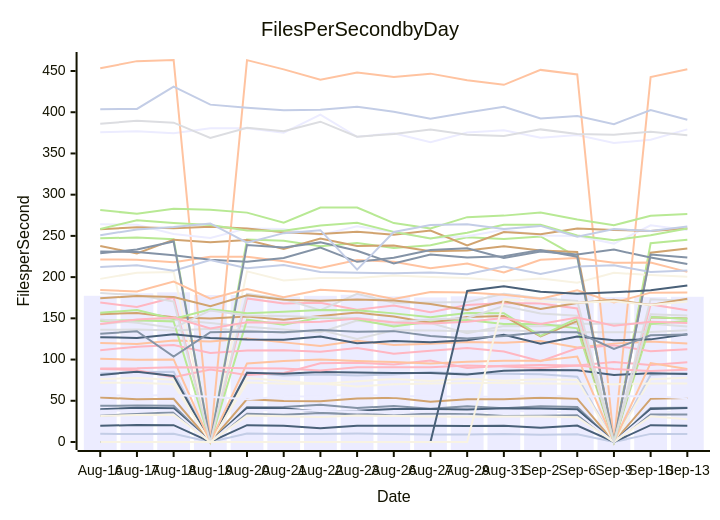
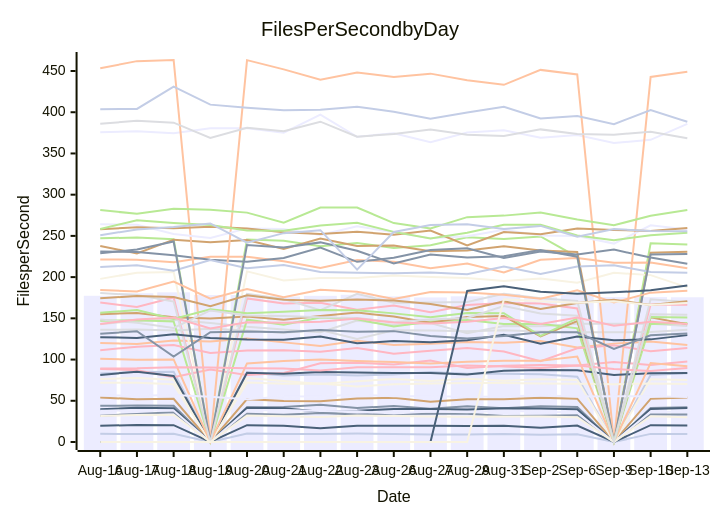
The diagram in perf-report.md (streetsidesoftware/cspell), drawn with Mermaid before and after one commit. The commit also changed other lines of this file and 1 other file, not shown here.

````diff
--- a/perf-report.md
+++ b/perf-report.md
@@ -10,56 +10,56 @@
 ```mermaid
 xychart-beta
     title Files Per Second by Day
     y-axis Files per Second
     x-axis Date [Aug-16, Aug-17, Aug-18, Aug-19, Aug-20, Aug-21, Aug-22, Aug-23, Aug-26, Aug-27, Aug-29, Aug-31, Sep-2, Sep-6, Sep-9, Sep-10, Sep-13]
-    bar [177.36, 180.37, 181.58, 178.25, 178.21, 176.48, 177.31, 178.59, 176.65, 175.34, 176.71, 179.62, 175.68, 178.38, 175.73, 175.70, 176.16]
-    line [43.84, 44.17, 43.94, 0.00, 42.21, 42.40, 45.26, 41.26, 43.81, 40.27, 43.32, 41.01, 43.29, 42.33, 0.00, 41.15, 41.43]
-    line [119.97, 118.94, 123.21, 122.05, 125.45, 120.85, 116.37, 122.78, 117.70, 119.12, 121.35, 120.42, 122.42, 114.54, 119.33, 121.78, 119.50]
-    line [142.97, 147.08, 148.37, 144.42, 139.84, 136.44, 133.06, 147.23, 141.82, 144.43, 131.99, 140.70, 140.40, 143.33, 143.38, 143.55, 140.19]
-    line [247.26, 247.95, 246.01, 0.00, 245.63, 244.19, 237.32, 241.48, 235.19, 238.66, 248.28, 246.15, 249.29, 224.39, 0.00, 241.04, 245.40]
-    line [54.05, 51.77, 52.47, 0.00, 51.98, 49.75, 49.50, 52.81, 53.66, 48.74, 52.00, 52.00, 53.54, 52.52, 0.00, 52.32, 53.22]
-    line [9.93, 9.56, 9.98, 0.00, 10.21, 9.57, 9.67, 10.21, 9.79, 8.96, 9.05, 9.81, 8.92, 9.30, 0.00, 9.85, 9.75]
-    line [169.12, 163.90, 175.25, 0.00, 174.12, 168.12, 168.81, 160.53, 165.45, 157.28, 166.29, 168.59, 168.11, 162.00, 0.00, 166.81, 159.85]
-    line [39.81, 41.51, 41.02, 0.00, 41.64, 40.90, 36.56, 37.81, 40.07, 40.16, 39.52, 40.88, 40.72, 39.85, 0.00, 39.94, 41.39]
-    line [197.88, 205.41, 206.29, 0.00, 206.95, 195.89, 198.81, 198.92, 201.94, 200.15, 198.85, 195.27, 198.37, 193.18, 205.21, 202.42, 200.32]
-    line [375.65, 377.00, 374.45, 380.47, 380.68, 375.26, 397.02, 370.26, 374.39, 363.66, 375.36, 378.12, 369.19, 372.46, 362.58, 366.57, 379.18]
-    line [31.78, 34.11, 35.97, 0.00, 34.29, 33.06, 35.20, 33.44, 33.88, 34.28, 34.29, 31.46, 31.96, 32.39, 0.00, 33.27, 33.50]
-    line [221.35, 221.21, 218.06, 224.66, 224.81, 219.16, 211.20, 220.63, 218.66, 210.78, 216.53, 205.56, 221.13, 223.08, 217.30, 217.60, 206.35]
-    line [136.01, 136.33, 135.27, 137.39, 135.24, 132.55, 135.80, 124.86, 135.53, 135.15, 134.28, 135.44, 134.10, 133.16, 133.12, 133.37, 135.51]
-    line [146.97, 147.53, 146.24, 0.00, 148.33, 142.38, 151.12, 148.79, 140.03, 146.17, 148.08, 143.16, 143.31, 137.86, 0.00, 143.10, 146.88]
-    line [237.83, 228.68, 245.41, 242.22, 244.96, 234.22, 246.89, 237.83, 238.28, 231.51, 232.29, 237.57, 232.38, 230.54, 0.00, 229.61, 234.67]
-    line [83.15, 84.93, 85.14, 0.00, 84.39, 80.69, 82.01, 80.62, 81.99, 84.93, 82.93, 82.69, 82.19, 79.19, 0.00, 81.30, 83.79]
-    line [88.54, 87.18, 78.69, 87.97, 81.21, 83.61, 95.38, 96.21, 93.90, 98.97, 89.73, 92.49, 93.42, 92.85, 96.99, 93.46, 96.69]
-    line [19.64, 20.70, 20.41, 0.00, 20.37, 19.78, 16.65, 19.78, 19.77, 19.75, 19.38, 19.78, 17.23, 19.98, 0.00, 20.38, 19.61]
-    line [76.38, 77.71, 75.62, 0.00, 77.72, 74.04, 70.35, 73.82, 76.46, 74.01, 76.69, 74.15, 76.26, 75.33, 0.00, 76.18, 77.89]
-    line [37.87, 38.23, 38.08, 0.00, 38.14, 38.85, 37.70, 37.19, 34.46, 37.13, 36.19, 37.79, 36.83, 35.85, 0.00, 37.06, 36.25]
-    line [231.20, 230.56, 226.49, 220.96, 218.62, 223.21, 235.78, 218.52, 223.39, 232.83, 235.11, 223.20, 230.93, 227.50, 233.38, 223.69, 215.86]
-    line [453.39, 461.99, 463.36, 0.00, 463.20, 452.00, 439.43, 448.11, 442.87, 446.82, 438.90, 433.22, 451.36, 445.82, 0.00, 442.79, 452.08]
-    line [385.96, 389.59, 387.36, 368.74, 381.05, 377.05, 388.53, 370.41, 373.49, 378.95, 372.79, 371.32, 379.20, 373.63, 372.65, 376.36, 372.05]
-    line [281.29, 276.84, 282.85, 281.73, 278.23, 265.94, 284.38, 284.39, 265.58, 259.03, 272.73, 274.59, 278.30, 269.85, 262.88, 274.40, 276.44]
-    line [154.99, 156.52, 151.19, 149.78, 152.30, 148.37, 152.77, 157.05, 152.12, 144.60, 151.74, 152.77, 128.16, 146.70, 0.00, 151.25, 149.86]
-    line [212.14, 214.39, 207.70, 220.70, 210.90, 214.69, 206.22, 205.16, 204.73, 205.50, 203.46, 212.85, 203.78, 213.00, 214.26, 206.28, 208.08]
-    line [111.20, 115.68, 117.57, 108.01, 110.94, 111.36, 109.59, 114.15, 106.99, 110.60, 113.93, 109.73, 98.03, 113.59, 117.23, 110.00, 112.57]
-    line [81.36, 85.27, 80.18, 0.00, 84.11, 82.91, 84.94, 84.37, 83.76, 83.84, 82.02, 86.32, 87.46, 87.14, 81.35, 83.34, 82.43]
-    line [71.73, 71.73, 69.94, 0.00, 72.13, 70.80, 70.95, 67.44, 70.02, 70.97, 71.48, 71.44, 71.07, 70.80, 70.10, 70.83, 70.86]
-    line [264.09, 263.50, 252.27, 247.59, 259.11, 258.43, 251.09, 261.73, 254.45, 247.25, 249.51, 257.53, 250.46, 249.77, 240.66, 262.89, 257.22]
-    line [229.09, 233.43, 243.19, 0.00, 239.03, 235.84, 242.13, 231.92, 216.52, 227.39, 223.72, 225.22, 232.84, 224.81, 0.00, 227.34, 223.66]
-    line [100.85, 99.70, 100.11, 0.00, 95.31, 98.34, 100.20, 98.20, 97.14, 95.15, 97.31, 98.42, 98.44, 103.61, 0.00, 95.82, 88.65]
-    line [180.65, 178.25, 170.32, 0.00, 179.55, 173.37, 159.94, 179.71, 169.02, 169.12, 169.70, 179.72, 174.42, 171.06, 0.00, 173.10, 171.40]
-    line [156.69, 160.04, 149.26, 160.96, 156.07, 157.97, 160.09, 159.80, 156.02, 151.31, 156.46, 156.20, 128.81, 149.88, 0.00, 151.49, 149.61]
-    line [258.00, 260.49, 259.27, 261.07, 258.95, 254.28, 252.45, 254.96, 251.52, 256.47, 238.41, 254.64, 251.96, 258.89, 257.30, 255.86, 259.00]
-    line [403.76, 404.07, 431.05, 409.21, 405.37, 402.28, 402.99, 406.75, 400.52, 392.20, 399.70, 406.57, 392.41, 395.48, 385.49, 402.68, 390.86]
-    line [89.04, 89.39, 90.78, 90.42, 89.47, 89.22, 86.73, 90.81, 90.69, 90.61, 92.79, 91.57, 89.68, 92.88, 88.59, 86.05, 87.75]
-    line [127.16, 126.21, 130.73, 126.16, 124.30, 123.93, 127.92, 119.73, 122.40, 121.04, 123.38, 130.04, 119.32, 127.89, 123.29, 124.49, 130.64]
-    line [31.50, 32.70, 32.97, 0.00, 32.06, 31.30, 30.41, 32.21, 31.61, 31.00, 30.67, 31.04, 30.96, 30.04, 0.00, 31.22, 27.53]
-    line [56.37, 56.24, 56.95, 55.01, 51.81, 55.08, 55.43, 57.37, 55.42, 55.44, 54.92, 55.19, 56.79, 55.22, 55.40, 55.63, 53.03]
-    line [131.31, 134.38, 103.66, 133.22, 133.90, 133.21, 135.84, 133.85, 134.48, 128.45, 125.51, 128.57, 133.06, 133.03, 112.77, 129.44, 130.48]
-    line [184.34, 182.55, 194.62, 173.87, 185.52, 175.53, 184.67, 182.24, 173.51, 182.05, 181.30, 178.67, 173.82, 183.91, 169.15, 181.18, 181.22]
-    line [148.56, 144.51, 138.29, 159.59, 153.49, 152.84, 151.42, 150.33, 145.56, 148.61, 150.44, 164.92, 155.92, 153.19, 0.00, 155.03, 153.41]
-    line [258.44, 269.09, 265.67, 263.14, 256.57, 256.22, 262.68, 265.85, 254.87, 246.75, 253.70, 263.63, 263.57, 250.38, 244.75, 250.69, 258.91]
-    line [174.43, 177.08, 175.87, 164.73, 177.91, 172.41, 171.41, 172.78, 171.71, 167.41, 160.25, 170.61, 161.33, 168.54, 172.61, 166.17, 173.68]
-    line [250.90, 257.82, 260.83, 265.11, 241.69, 253.34, 256.92, 209.05, 254.71, 263.18, 264.22, 258.50, 262.12, 249.11, 258.37, 255.88, 261.46]
-    line [143.10, 148.69, 150.98, 137.75, 145.27, 144.73, 145.80, 149.65, 145.04, 143.72, 145.86, 150.29, 143.06, 151.08, 140.90, 145.94, 144.28]
-    line [0.00, 0.00, 0.00, 0.00, 0.00, 0.00, 0.00, 0.00, 0.00, 0.00, 183.14, 189.02, 182.17, 179.93, 181.55, 184.12, 189.69]
-    line [0.00, 0.00, 0.00, 0.00, 0.00, 0.00, 0.00, 0.00, 0.00, 0.00, 0.00, 172.99, 170.71, 168.98, 170.63, 166.15, 170.44]
+    bar [177.36, 180.37, 181.58, 178.25, 178.21, 176.48, 177.31, 178.59, 176.65, 175.34, 176.71, 179.62, 175.68, 178.38, 175.73, 175.70, 175.56]
+    line [43.84, 44.17, 43.94, 0.00, 42.21, 42.40, 45.26, 41.26, 43.81, 40.27, 43.32, 41.01, 43.29, 42.33, 0.00, 41.15, 42.24]
+    line [119.97, 118.94, 123.21, 122.05, 125.45, 120.85, 116.37, 122.78, 117.70, 119.12, 121.35, 120.42, 122.42, 114.54, 119.33, 121.78, 117.69]
+    line [142.97, 147.08, 148.37, 144.42, 139.84, 136.44, 133.06, 147.23, 141.82, 144.43, 131.99, 140.70, 140.40, 143.33, 143.38, 143.55, 140.59]
+    line [247.26, 247.95, 246.01, 0.00, 245.63, 244.19, 237.32, 241.48, 235.19, 238.66, 248.28, 246.15, 249.29, 224.39, 0.00, 241.04, 239.64]
+    line [54.05, 51.77, 52.47, 0.00, 51.98, 49.75, 49.50, 52.81, 53.66, 48.74, 52.00, 52.00, 53.54, 52.52, 0.00, 52.32, 54.12]
+    line [9.93, 9.56, 9.98, 0.00, 10.21, 9.57, 9.67, 10.21, 9.79, 8.96, 9.05, 9.81, 8.92, 9.30, 0.00, 9.85, 9.67]
+    line [169.12, 163.90, 175.25, 0.00, 174.12, 168.12, 168.81, 160.53, 165.45, 157.28, 166.29, 168.59, 168.11, 162.00, 0.00, 166.81, 166.56]
+    line [39.81, 41.51, 41.02, 0.00, 41.64, 40.90, 36.56, 37.81, 40.07, 40.16, 39.52, 40.88, 40.72, 39.85, 0.00, 39.94, 41.26]
+    line [197.88, 205.41, 206.29, 0.00, 206.95, 195.89, 198.81, 198.92, 201.94, 200.15, 198.85, 195.27, 198.37, 193.18, 205.21, 202.42, 187.59]
+    line [375.65, 377.00, 374.45, 380.47, 380.68, 375.26, 397.02, 370.26, 374.39, 363.66, 375.36, 378.12, 369.19, 372.46, 362.58, 366.57, 385.92]
+    line [31.78, 34.11, 35.97, 0.00, 34.29, 33.06, 35.20, 33.44, 33.88, 34.28, 34.29, 31.46, 31.96, 32.39, 0.00, 33.27, 33.48]
+    line [221.35, 221.21, 218.06, 224.66, 224.81, 219.16, 211.20, 220.63, 218.66, 210.78, 216.53, 205.56, 221.13, 223.08, 217.30, 217.60, 210.80]
+    line [136.01, 136.33, 135.27, 137.39, 135.24, 132.55, 135.80, 124.86, 135.53, 135.15, 134.28, 135.44, 134.10, 133.16, 133.12, 133.37, 136.08]
+    line [146.97, 147.53, 146.24, 0.00, 148.33, 142.38, 151.12, 148.79, 140.03, 146.17, 148.08, 143.16, 143.31, 137.86, 0.00, 143.10, 144.41]
+    line [237.83, 228.68, 245.41, 242.22, 244.96, 234.22, 246.89, 237.83, 238.28, 231.51, 232.29, 237.57, 232.38, 230.54, 0.00, 229.61, 230.62]
+    line [83.15, 84.93, 85.14, 0.00, 84.39, 80.69, 82.01, 80.62, 81.99, 84.93, 82.93, 82.69, 82.19, 79.19, 0.00, 81.30, 83.34]
+    line [88.54, 87.18, 78.69, 87.97, 81.21, 83.61, 95.38, 96.21, 93.90, 98.97, 89.73, 92.49, 93.42, 92.85, 96.99, 93.46, 97.52]
+    line [19.64, 20.70, 20.41, 0.00, 20.37, 19.78, 16.65, 19.78, 19.77, 19.75, 19.38, 19.78, 17.23, 19.98, 0.00, 20.38, 20.10]
+    line [76.38, 77.71, 75.62, 0.00, 77.72, 74.04, 70.35, 73.82, 76.46, 74.01, 76.69, 74.15, 76.26, 75.33, 0.00, 76.18, 75.30]
+    line [37.87, 38.23, 38.08, 0.00, 38.14, 38.85, 37.70, 37.19, 34.46, 37.13, 36.19, 37.79, 36.83, 35.85, 0.00, 37.06, 36.42]
+    line [231.20, 230.56, 226.49, 220.96, 218.62, 223.21, 235.78, 218.52, 223.39, 232.83, 235.11, 223.20, 230.93, 227.50, 233.38, 223.69, 216.25]
+    line [453.39, 461.99, 463.36, 0.00, 463.20, 452.00, 439.43, 448.11, 442.87, 446.82, 438.90, 433.22, 451.36, 445.82, 0.00, 442.79, 448.98]
+    line [385.96, 389.59, 387.36, 368.74, 381.05, 377.05, 388.53, 370.41, 373.49, 378.95, 372.79, 371.32, 379.20, 373.63, 372.65, 376.36, 368.52]
+    line [281.29, 276.84, 282.85, 281.73, 278.23, 265.94, 284.38, 284.39, 265.58, 259.03, 272.73, 274.59, 278.30, 269.85, 262.88, 274.40, 281.31]
+    line [154.99, 156.52, 151.19, 149.78, 152.30, 148.37, 152.77, 157.05, 152.12, 144.60, 151.74, 152.77, 128.16, 146.70, 0.00, 151.25, 142.95]
+    line [212.14, 214.39, 207.70, 220.70, 210.90, 214.69, 206.22, 205.16, 204.73, 205.50, 203.46, 212.85, 203.78, 213.00, 214.26, 206.28, 205.22]
+    line [111.20, 115.68, 117.57, 108.01, 110.94, 111.36, 109.59, 114.15, 106.99, 110.60, 113.93, 109.73, 98.03, 113.59, 117.23, 110.00, 114.04]
+    line [81.36, 85.27, 80.18, 0.00, 84.11, 82.91, 84.94, 84.37, 83.76, 83.84, 82.02, 86.32, 87.46, 87.14, 81.35, 83.34, 83.78]
+    line [71.73, 71.73, 69.94, 0.00, 72.13, 70.80, 70.95, 67.44, 70.02, 70.97, 71.48, 71.44, 71.07, 70.80, 70.10, 70.83, 70.27]
+    line [264.09, 263.50, 252.27, 247.59, 259.11, 258.43, 251.09, 261.73, 254.45, 247.25, 249.51, 257.53, 250.46, 249.77, 240.66, 262.89, 257.78]
+    line [229.09, 233.43, 243.19, 0.00, 239.03, 235.84, 242.13, 231.92, 216.52, 227.39, 223.72, 225.22, 232.84, 224.81, 0.00, 227.34, 228.09]
+    line [100.85, 99.70, 100.11, 0.00, 95.31, 98.34, 100.20, 98.20, 97.14, 95.15, 97.31, 98.42, 98.44, 103.61, 0.00, 95.82, 91.96]
+    line [180.65, 178.25, 170.32, 0.00, 179.55, 173.37, 159.94, 179.71, 169.02, 169.12, 169.70, 179.72, 174.42, 171.06, 0.00, 173.10, 169.76]
+    line [156.69, 160.04, 149.26, 160.96, 156.07, 157.97, 160.09, 159.80, 156.02, 151.31, 156.46, 156.20, 128.81, 149.88, 0.00, 151.49, 151.06]
+    line [258.00, 260.49, 259.27, 261.07, 258.95, 254.28, 252.45, 254.96, 251.52, 256.47, 238.41, 254.64, 251.96, 258.89, 257.30, 255.86, 259.52]
+    line [403.76, 404.07, 431.05, 409.21, 405.37, 402.28, 402.99, 406.75, 400.52, 392.20, 399.70, 406.57, 392.41, 395.48, 385.49, 402.68, 388.38]
+    line [89.04, 89.39, 90.78, 90.42, 89.47, 89.22, 86.73, 90.81, 90.69, 90.61, 92.79, 91.57, 89.68, 92.88, 88.59, 86.05, 89.85]
+    line [127.16, 126.21, 130.73, 126.16, 124.30, 123.93, 127.92, 119.73, 122.40, 121.04, 123.38, 130.04, 119.32, 127.89, 123.29, 124.49, 129.64]
+    line [31.50, 32.70, 32.97, 0.00, 32.06, 31.30, 30.41, 32.21, 31.61, 31.00, 30.67, 31.04, 30.96, 30.04, 0.00, 31.22, 29.93]
+    line [56.37, 56.24, 56.95, 55.01, 51.81, 55.08, 55.43, 57.37, 55.42, 55.44, 54.92, 55.19, 56.79, 55.22, 55.40, 55.63, 54.54]
+    line [131.31, 134.38, 103.66, 133.22, 133.90, 133.21, 135.84, 133.85, 134.48, 128.45, 125.51, 128.57, 133.06, 133.03, 112.77, 129.44, 131.63]
+    line [184.34, 182.55, 194.62, 173.87, 185.52, 175.53, 184.67, 182.24, 173.51, 182.05, 181.30, 178.67, 173.82, 183.91, 169.15, 181.18, 183.51]
+    line [148.56, 144.51, 138.29, 159.59, 153.49, 152.84, 151.42, 150.33, 145.56, 148.61, 150.44, 164.92, 155.92, 153.19, 0.00, 155.03, 154.46]
+    line [258.44, 269.09, 265.67, 263.14, 256.57, 256.22, 262.68, 265.85, 254.87, 246.75, 253.70, 263.63, 263.57, 250.38, 244.75, 250.69, 253.77]
+    line [174.43, 177.08, 175.87, 164.73, 177.91, 172.41, 171.41, 172.78, 171.71, 167.41, 160.25, 170.61, 161.33, 168.54, 172.61, 166.17, 170.88]
+    line [250.90, 257.82, 260.83, 265.11, 241.69, 253.34, 256.92, 209.05, 254.71, 263.18, 264.22, 258.50, 262.12, 249.11, 258.37, 255.88, 255.75]
+    line [143.10, 148.69, 150.98, 137.75, 145.27, 144.73, 145.80, 149.65, 145.04, 143.72, 145.86, 150.29, 143.06, 151.08, 140.90, 145.94, 143.19]
+    line [0.00, 0.00, 0.00, 0.00, 0.00, 0.00, 0.00, 0.00, 0.00, 0.00, 183.14, 189.02, 182.17, 179.93, 181.55, 184.12, 189.95]
+    line [0.00, 0.00, 0.00, 0.00, 0.00, 0.00, 0.00, 0.00, 0.00, 0.00, 0.00, 172.99, 170.71, 168.98, 170.63, 166.15, 168.68]
 ```
````
